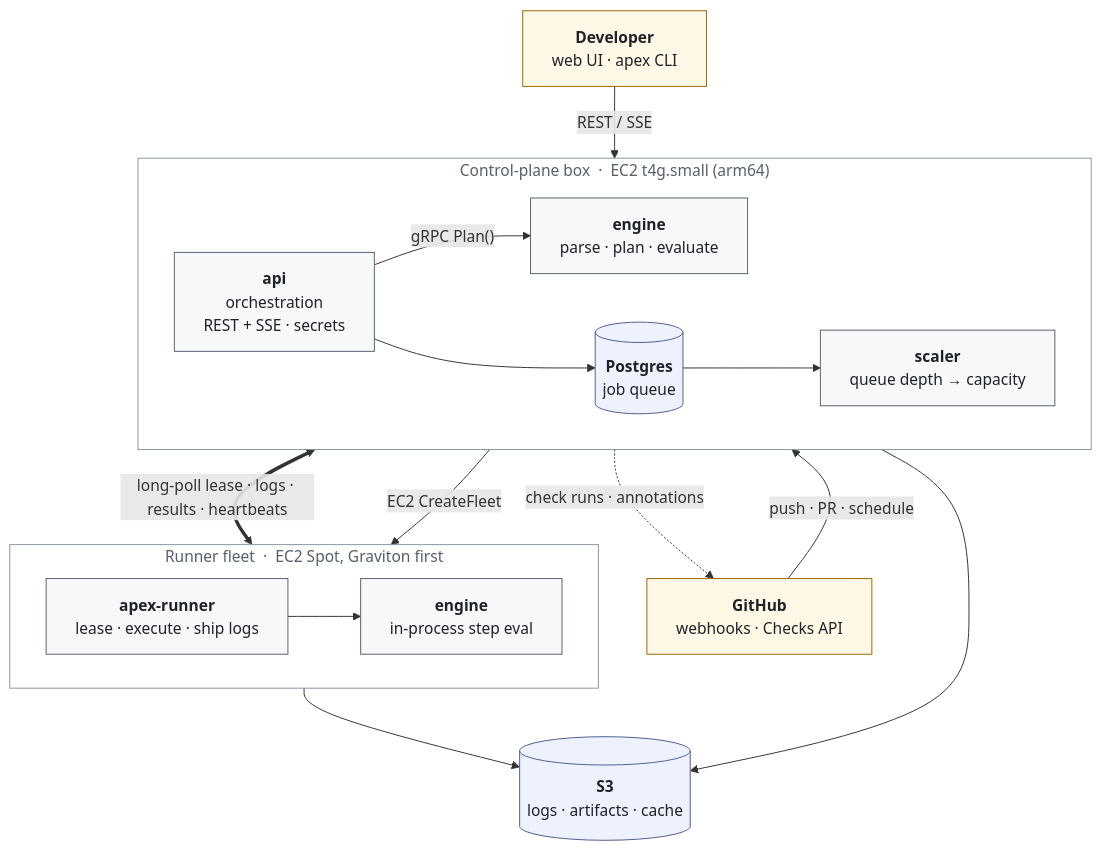
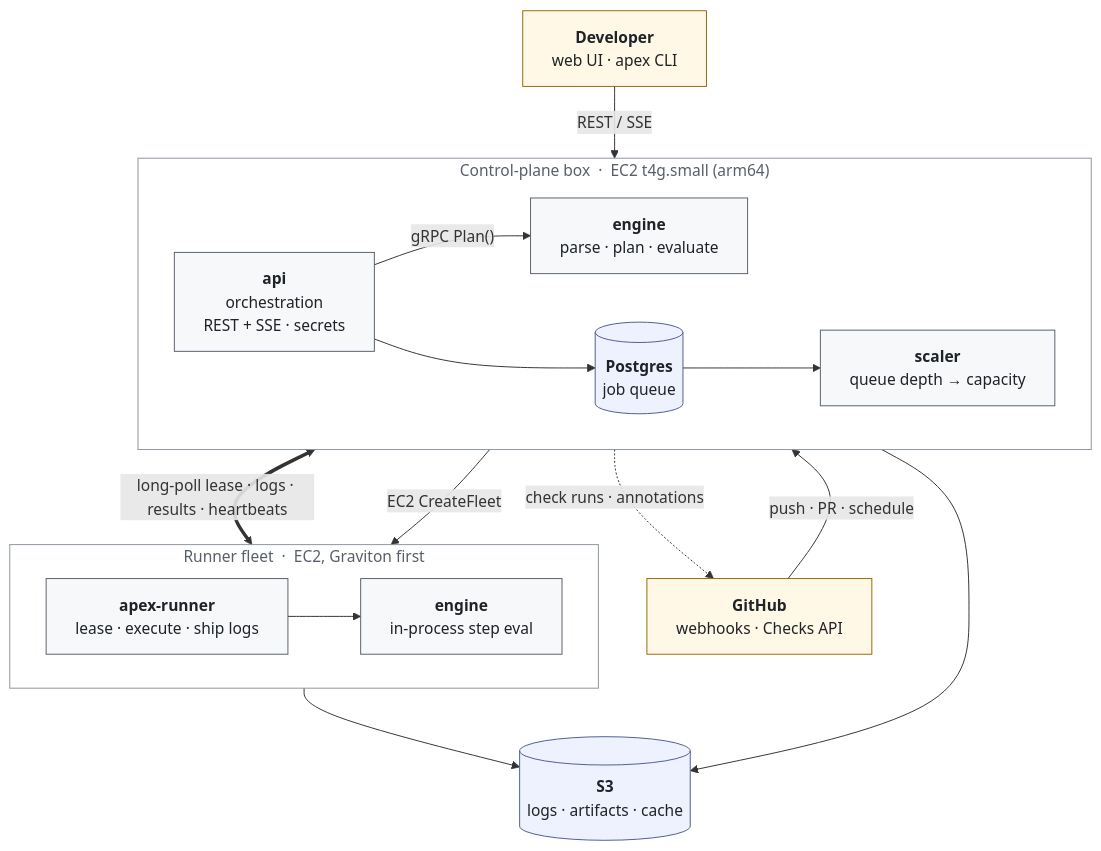
The diagram in profile/README.md (Apex-Actions/.github), drawn with Mermaid before and after one commit. The commit also changed other lines of this file, not shown here.

Commit message:
docs: generalize runner fleet capacity wording

````diff
--- a/profile/README.md
+++ b/profile/README.md
@@ -15,42 +15,42 @@
 ```mermaid
 flowchart TB
     GH["<b>GitHub</b><br/>webhooks · Checks API"]
     DEV["<b>Developer</b><br/>web UI · apex CLI"]
 
     subgraph CP["Control-plane box &nbsp;·&nbsp; EC2 t4g.small (arm64)"]
         direction LR
         API["<b>api</b><br/>orchestration<br/>REST + SSE · secrets"]
         ENG["<b>engine</b><br/>parse · plan · evaluate"]
         QUEUE[("<b>Postgres</b><br/>job queue")]
         SCALER["<b>scaler</b><br/>queue depth → capacity"]
         API -->|"gRPC Plan()"| ENG
         API --> QUEUE
         QUEUE --> SCALER
     end
 
-    subgraph FLEET["Runner fleet &nbsp;·&nbsp; EC2 Spot, Graviton first"]
+    subgraph FLEET["Runner fleet &nbsp;·&nbsp; EC2, Graviton first"]
         direction LR
         RUN["<b>apex-runner</b><br/>lease · execute · ship logs"]
         LIB["<b>engine</b><br/>in-process step eval"]
         RUN --> LIB
     end
 
     S3[("<b>S3</b><br/>logs · artifacts · cache")]
 
     GH -->|"push · PR · schedule"| API
     DEV -->|"REST / SSE"| API
     API -.->|"check runs · annotations"| GH
     API <==>|"long-poll lease · logs · results · heartbeats"| RUN
     SCALER -->|"EC2 CreateFleet"| FLEET
     RUN --> S3
     API --> S3
 
     classDef svc fill:#f6f8fa,stroke:#57606a,stroke-width:1px,color:#1f2328
     classDef store fill:#eef2ff,stroke:#4f5b93,stroke-width:1px,color:#1f2328
     classDef ext fill:#fff8e6,stroke:#9a6700,stroke-width:1px,color:#1f2328
     classDef group fill:none,stroke:#8b949e,stroke-width:1px,color:#57606a
     class API,ENG,SCALER,RUN,LIB svc
     class QUEUE,S3 store
     class GH,DEV ext
     class CP,FLEET group
 ```
````
